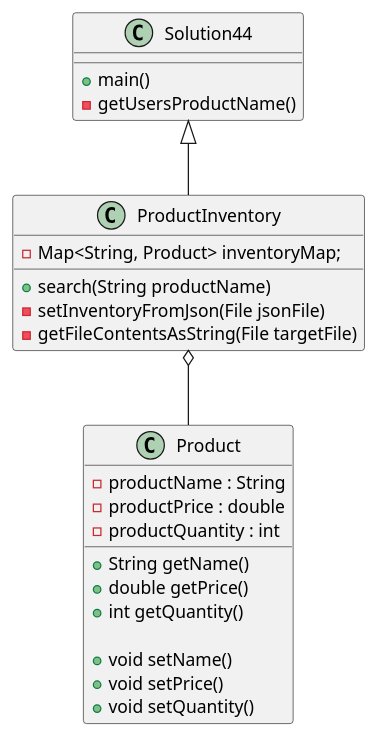
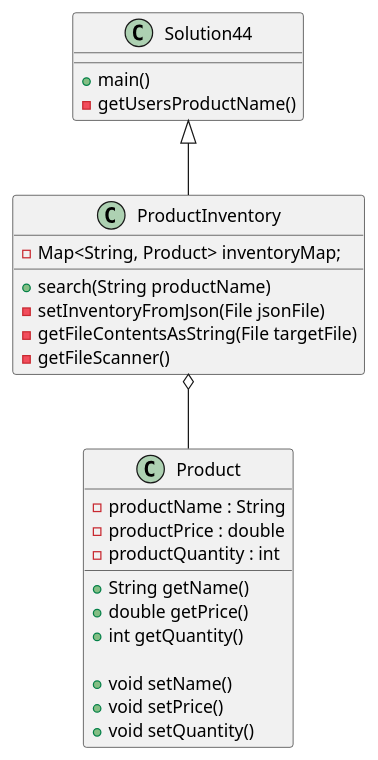
The diagram in exercise44/docs/ProductClassDiagram.puml (tom-pluto/Wallsmith-a04), drawn with PlantUML before and after one commit. The commit also changed 2 other files, not shown here.

```diff
--- a/exercise44/docs/ProductClassDiagram.puml
+++ b/exercise44/docs/ProductClassDiagram.puml
@@ -1,40 +1,41 @@
 @startuml
 'https://plantuml.com/class-diagram
 
 class Solution44 {
 
     + main()
     - getUsersProductName()
 
 }
 
 class ProductInventory {
 
     - Map<String, Product> inventoryMap;
 
     + search(String productName)
     - setInventoryFromJson(File jsonFile)
     - getFileContentsAsString(File targetFile)
+    - getFileScanner()
 
 }
 
 class Product {
 
     - productName : String
     - productPrice : double
     - productQuantity : int
 
     + String getName()
     + double getPrice()
     + int getQuantity()
 
     + void setName()
     + void setPrice()
     + void setQuantity()
 
 }
 
 ProductInventory o-- Product
 Solution44 <|-- ProductInventory
 
 @enduml
```
